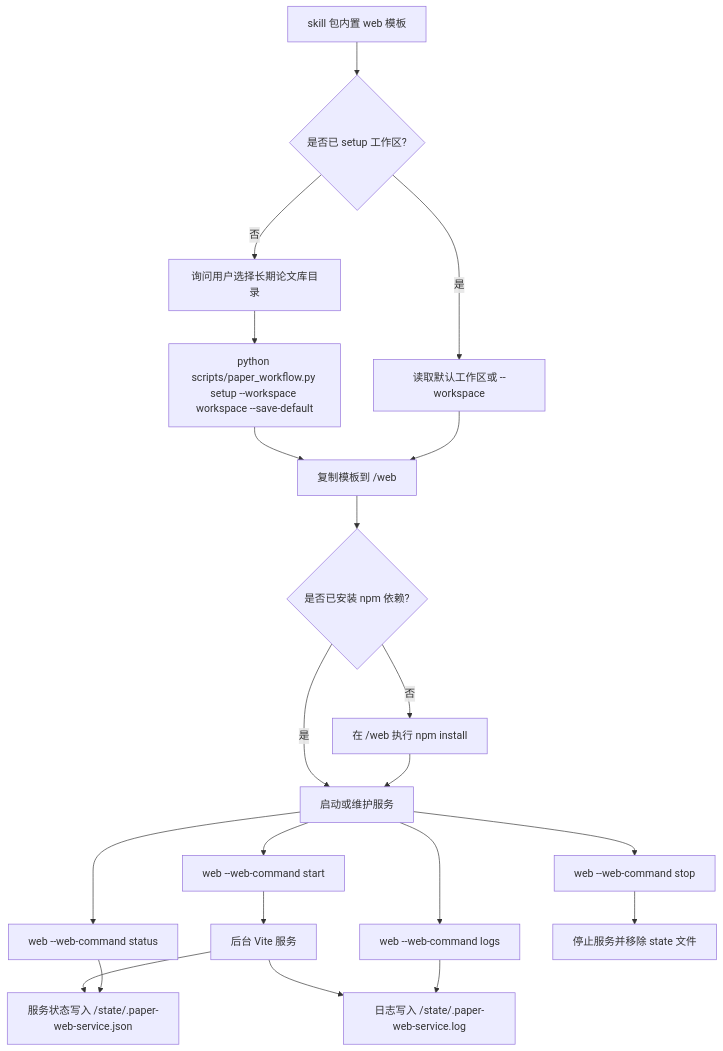
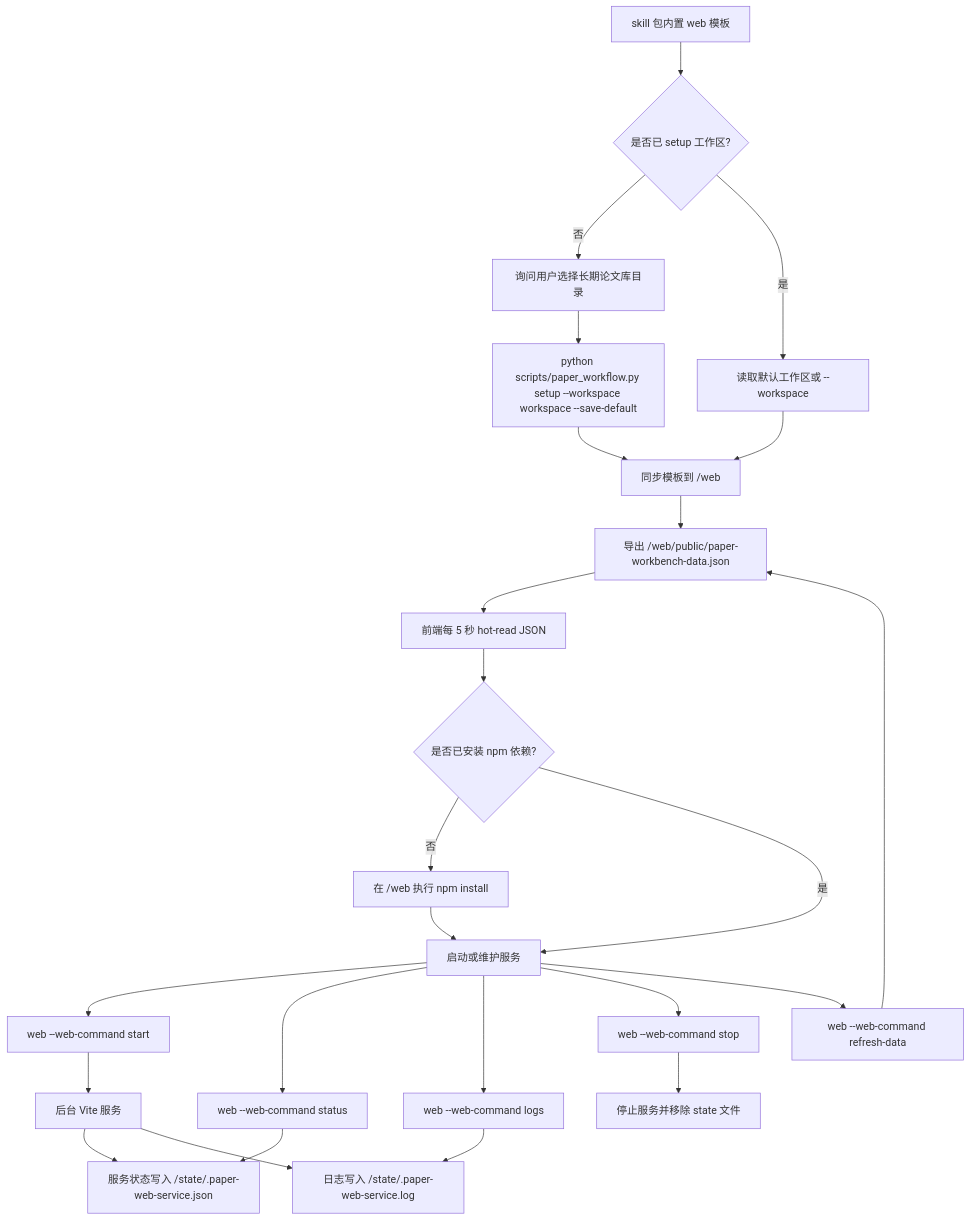
Before and after one commit to swordfate3/papers_skills: the second of 7 diagrams in docs/论文研究技能可视化工作流.md, drawn with Mermaid. The commit also changed other lines of this file and 13 other files, not shown here.

Commit message:
feat(web): hot read workspace workbench data

````diff
--- a/docs/论文研究技能可视化工作流.md
+++ b/docs/论文研究技能可视化工作流.md
@@ -90,26 +90,30 @@
 ```mermaid
 flowchart TD
     A[skill 包内置 web 模板] --> B{是否已 setup 工作区?}
     B -->|否| C[询问用户选择长期论文库目录]
     C --> D[python scripts/paper_workflow.py setup --workspace workspace --save-default]
     B -->|是| E[读取默认工作区或 --workspace]
-    D --> F[复制模板到 <workspace>/web]
+    D --> F[同步模板到 <workspace>/web]
     E --> F
+    F --> F1[导出 <workspace>/web/public/paper-workbench-data.json]
+    F1 --> F2[前端每 5 秒 hot-read JSON]
 
-    F --> G{是否已安装 npm 依赖?}
+    F2 --> G{是否已安装 npm 依赖?}
     G -->|否| H[在 <workspace>/web 执行 npm install]
     G -->|是| I[启动或维护服务]
     H --> I
 
     I --> J[web --web-command start]
     I --> K[web --web-command status]
     I --> L[web --web-command logs]
     I --> M[web --web-command stop]
+    I --> R[web --web-command refresh-data]
 
     J --> N[后台 Vite 服务]
     N --> O[服务状态写入 <workspace>/state/.paper-web-service.json]
     N --> P[日志写入 <workspace>/state/.paper-web-service.log]
     K --> O
     L --> P
     M --> Q[停止服务并移除 state 文件]
+    R --> F1
 ```
````
